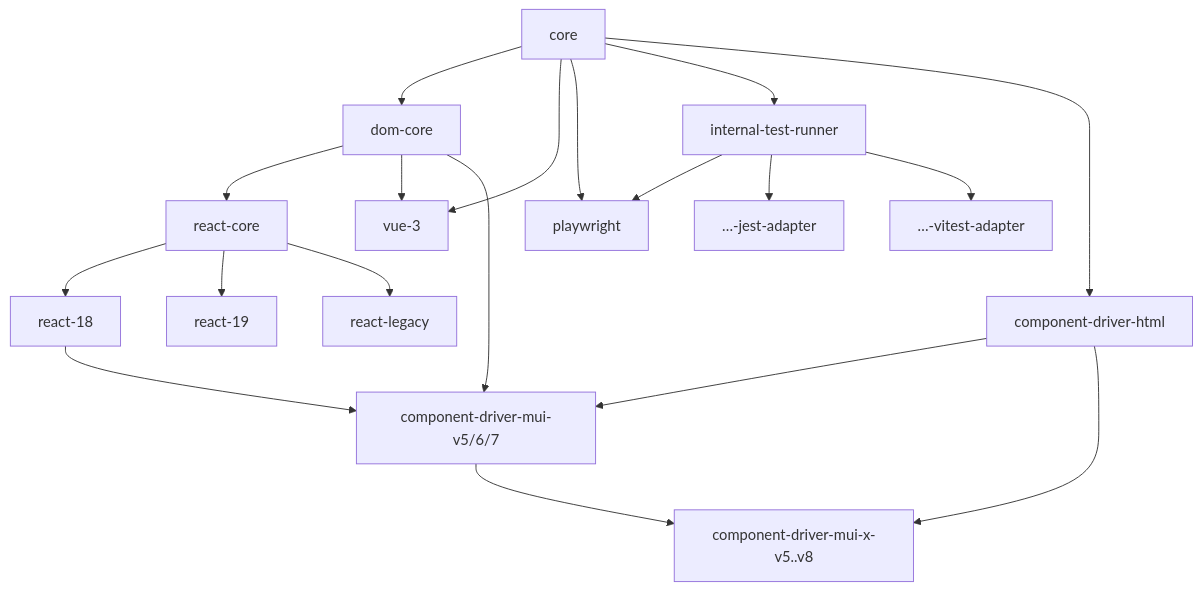
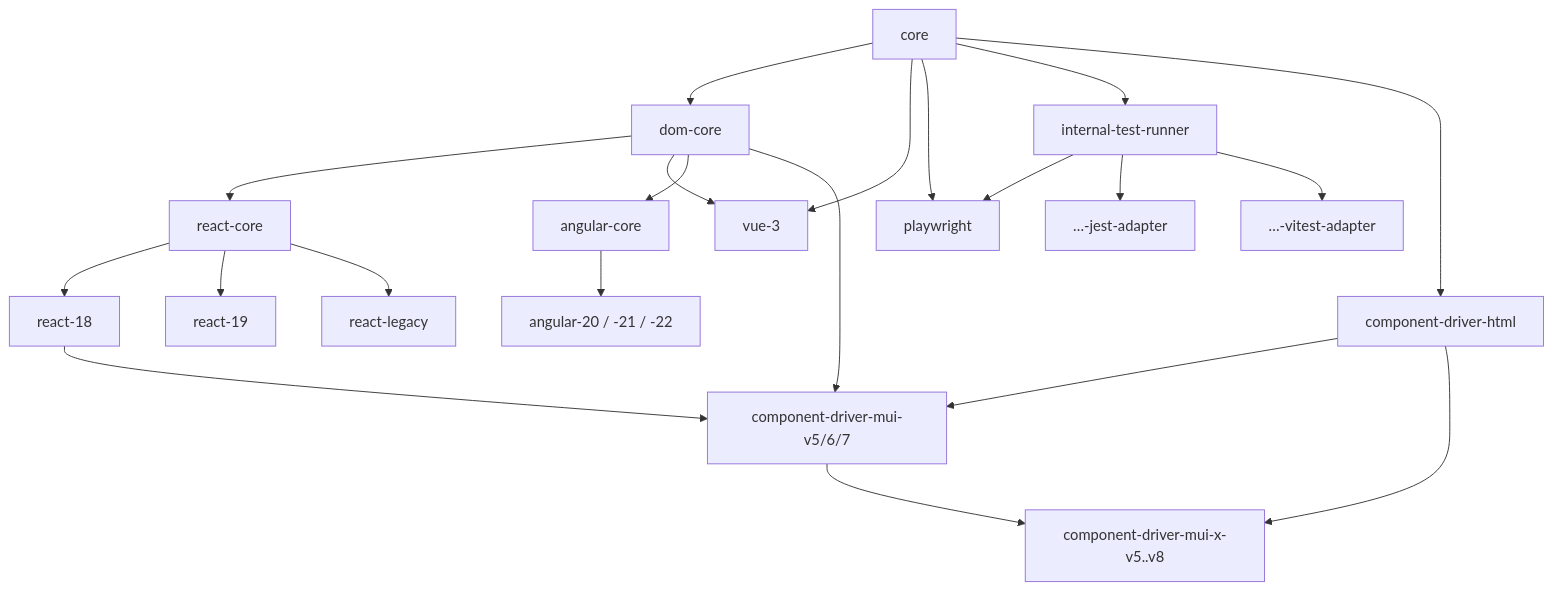
Before and after one commit to atomic-testing/atomic-testing: the third of 4 diagrams in agent-docs/ARCHITECTURE.md, drawn with Mermaid. The commit also changed other lines of this file and 45 other files, not shown here.

First line of the commit message:
feat(angular): add Angular 20-22 support via shared angular-core (#1016)

````diff
--- a/agent-docs/ARCHITECTURE.md
+++ b/agent-docs/ARCHITECTURE.md
@@ -84,36 +92,40 @@
 ```mermaid
 flowchart TD
     core["core"]
     domcore["dom-core"]
     reactcore["react-core"]
     r18["react-18"]
     r19["react-19"]
     rlegacy["react-legacy"]
     vue["vue-3"]
+    ngcore["angular-core"]
+    ng20["angular-20 / -21 / -22"]
     pw["playwright"]
     itr["internal-test-runner"]
     jest["…-jest-adapter"]
     vitest["…-vitest-adapter"]
     html["component-driver-html"]
     mui["component-driver-mui-v5/6/7"]
     muix["component-driver-mui-x-v5..v8"]
 
     core --> domcore
     domcore --> reactcore
     reactcore --> r18
     reactcore --> r19
     reactcore --> rlegacy
     core --> vue
     domcore --> vue
+    domcore --> ngcore
+    ngcore --> ng20
     core --> pw
     itr --> pw
     core --> itr
     itr --> jest
     itr --> vitest
     core --> html
     html --> mui
     domcore --> mui
     r18 --> mui
     html --> muix
     mui --> muix
 ```
````
